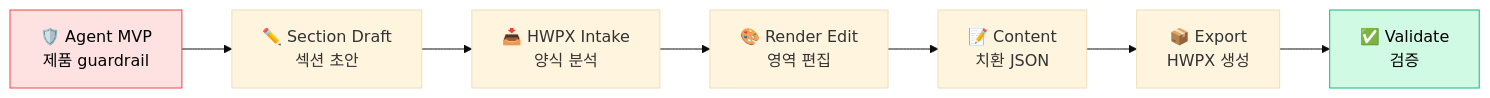
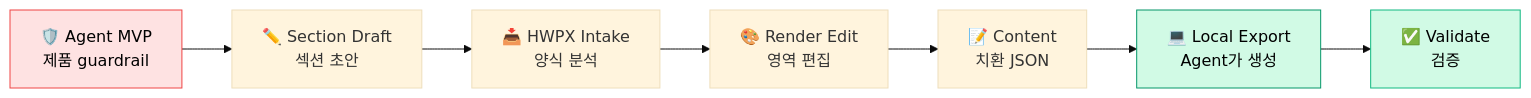
One commit to mingyugim090-debug/DockLive changed the fifth of 6 diagrams in README.md. Above: the diagram before and after it, drawn with Mermaid (base theme). The commit also changed other lines of this file, not shown here.

````diff
--- a/README.md
+++ b/README.md
@@ -341,15 +300,16 @@
 ```mermaid
 flowchart LR
     S1["🛡️ Agent MVP<br/>제품 guardrail"]
     S2["✏️ Section Draft<br/>섹션 초안"]
     S3["📥 HWPX Intake<br/>양식 분석"]
     S4["🎨 Render Edit<br/>영역 편집"]
     S5["📝 Content<br/>치환 JSON"]
-    S6["📦 Export<br/>HWPX 생성"]
+    S6["💻 Local Export<br/>Agent가 생성"]
     S7["✅ Validate<br/>검증"]
 
     S1 --> S2 --> S3 --> S4 --> S5 --> S6 --> S7
 
     style S1 fill:#fee2e2,stroke:#ef4444,color:#000
+    style S6 fill:#d1fae5,stroke:#059669,color:#000
     style S7 fill:#d1fae5,stroke:#10b981,color:#000
 ```
````
